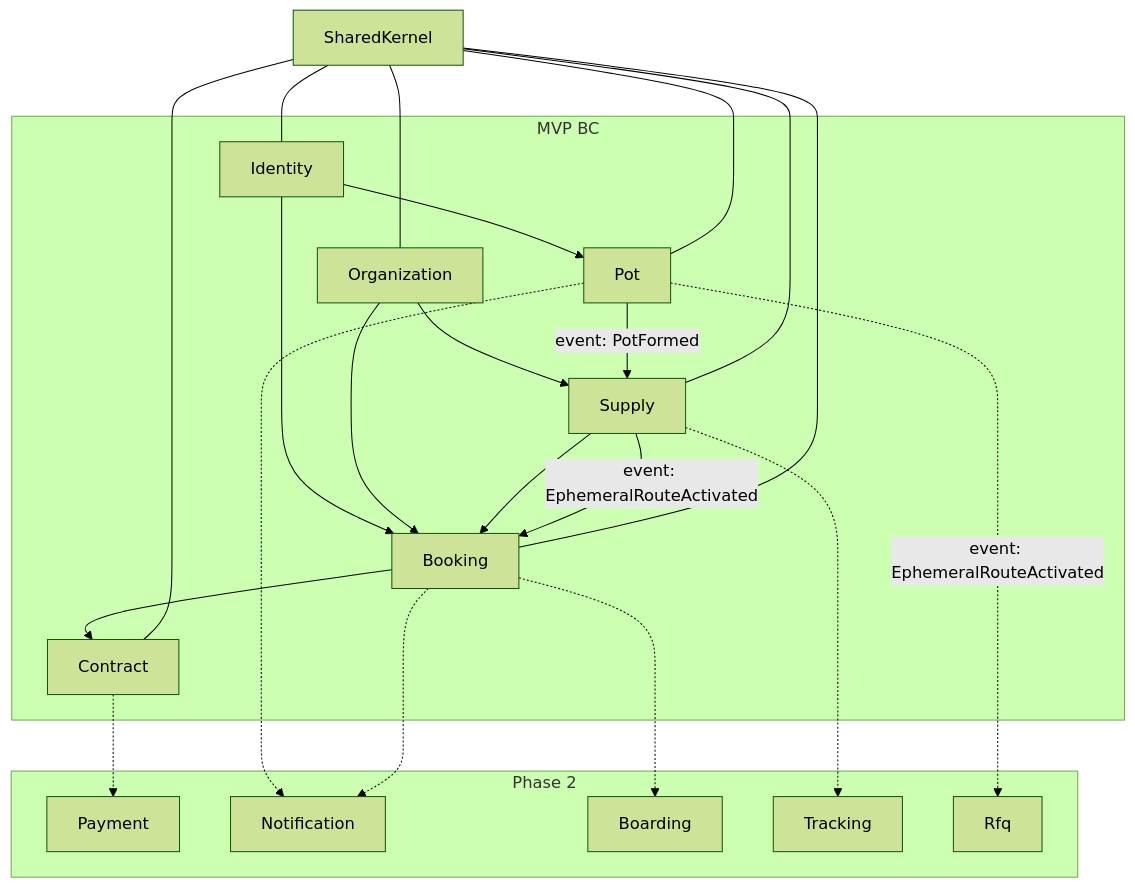
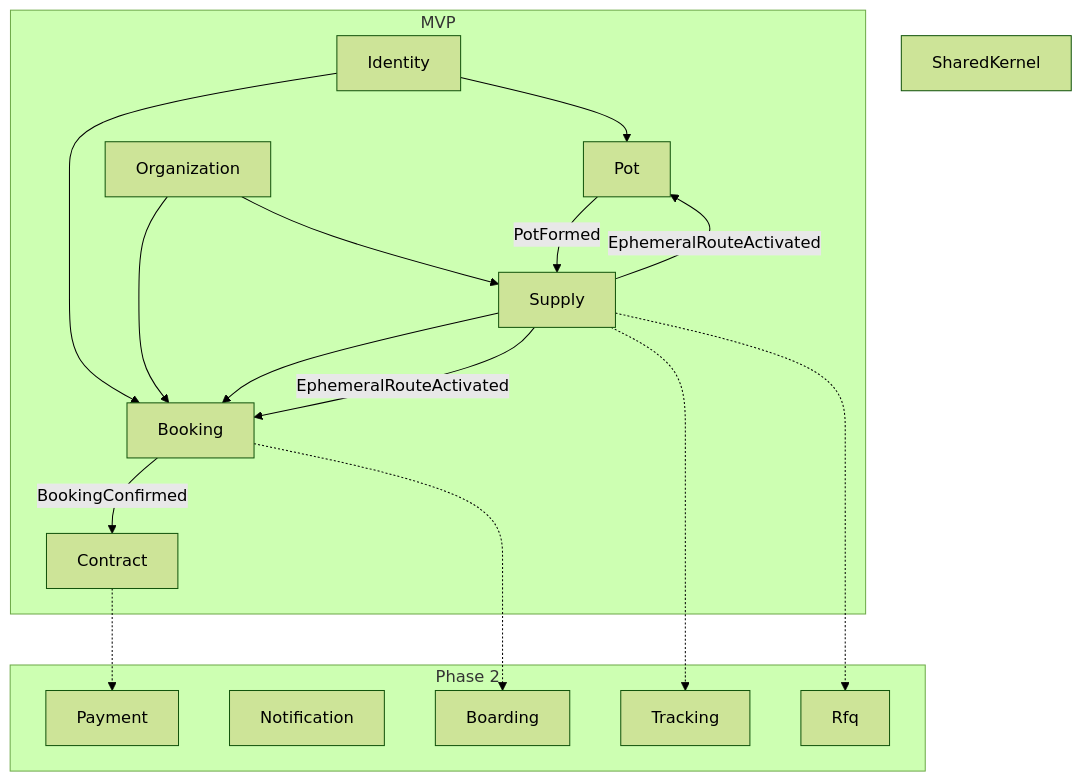
Before and after one commit to entworacy/hermes-iris-kakaotalk: the first of 3 diagrams in feroad-rest-api/docs/superpowers/specs/2026-06-29-feroad-domain-design.md, drawn with Mermaid (forest theme). The commit also changed other lines of this file and 1 other file, not shown here.

````diff
--- a/feroad-rest-api/docs/superpowers/specs/2026-06-29-feroad-domain-design.md
+++ b/feroad-rest-api/docs/superpowers/specs/2026-06-29-feroad-domain-design.md
@@ -23,41 +79,33 @@
 ```mermaid
 flowchart TB
-    subgraph mvp [MVP BC]
+    subgraph mvp [MVP]
         Identity[Identity]
         Organization[Organization]
         Supply[Supply]
         Pot[Pot]
         Booking[Booking]
         Contract[Contract]
     end
     subgraph phase2 [Phase 2]
         Payment[Payment]
         Notification[Notification]
         Boarding[Boarding]
         Tracking[Tracking]
         Rfq[Rfq]
     end
-    SharedKernel[SharedKernel]
+    SK[SharedKernel]
 
     Identity --> Pot
     Identity --> Booking
     Organization --> Supply
     Organization --> Booking
     Supply --> Booking
-    Pot -->|event: PotFormed| Supply
-    Supply -->|event: EphemeralRouteActivated| Booking
-    Pot -.->|event: EphemeralRouteActivated| Rfq
-    Booking --> Contract
+    Pot -->|PotFormed| Supply
+    Supply -->|EphemeralRouteActivated| Pot
+    Supply -->|EphemeralRouteActivated| Booking
+    Booking -->|BookingConfirmed| Contract
+    Supply -.-> Tracking
     Contract -.-> Payment
     Booking -.-> Boarding
-    Supply -.-> Tracking
-    Pot -.-> Notification
-    Booking -.-> Notification
-
-    SharedKernel --- Identity
-    SharedKernel --- Organization
-    SharedKernel --- Supply
-    SharedKernel --- Pot
-    SharedKernel --- Booking
-    SharedKernel --- Contract
+    Supply -.-> Rfq
 ```
````
